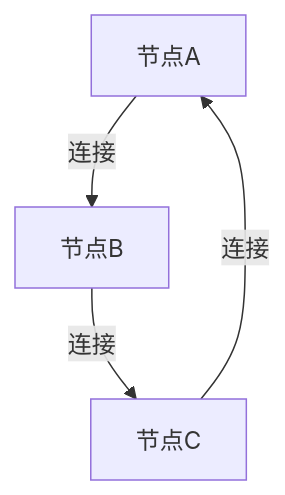
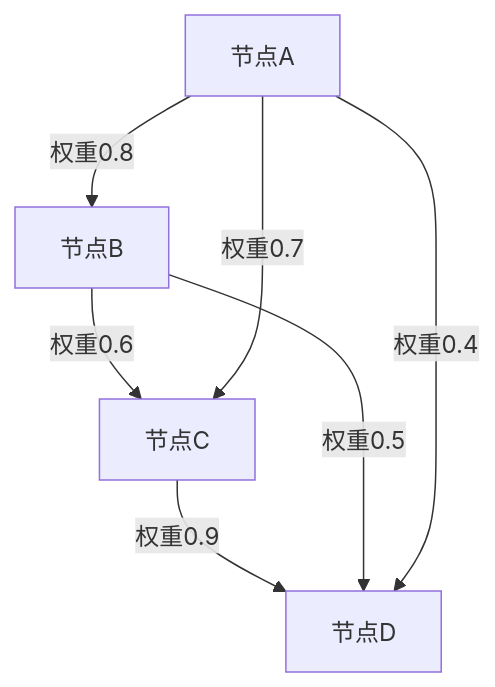
The second of 6 diagrams in 1.系统理论/1.3 形式化结构/1.3.2 结构模型.md (AdaMartin18010/SystemOSIOT), drawn with Mermaid before and after one commit. The commit also changed other lines of this file and 80 other files, not shown here.

````diff
--- a/1.系统理论/1.3 形式化结构/1.3.2 结构模型.md
+++ b/1.系统理论/1.3 形式化结构/1.3.2 结构模型.md
@@ -45,6 +92,9 @@
 ```mermaid
 graph TD;
-  A[节点A] -- 连接 --> B[节点B];
-  B -- 连接 --> C[节点C];
-  C -- 连接 --> A;
+  A[节点A] -- 权重0.8 --> B[节点B];
+  B -- 权重0.6 --> C[节点C];
+  C -- 权重0.9 --> D[节点D];
+  A -- 权重0.7 --> C;
+  B -- 权重0.5 --> D;
+  A -- 权重0.4 --> D;
 ```
````
